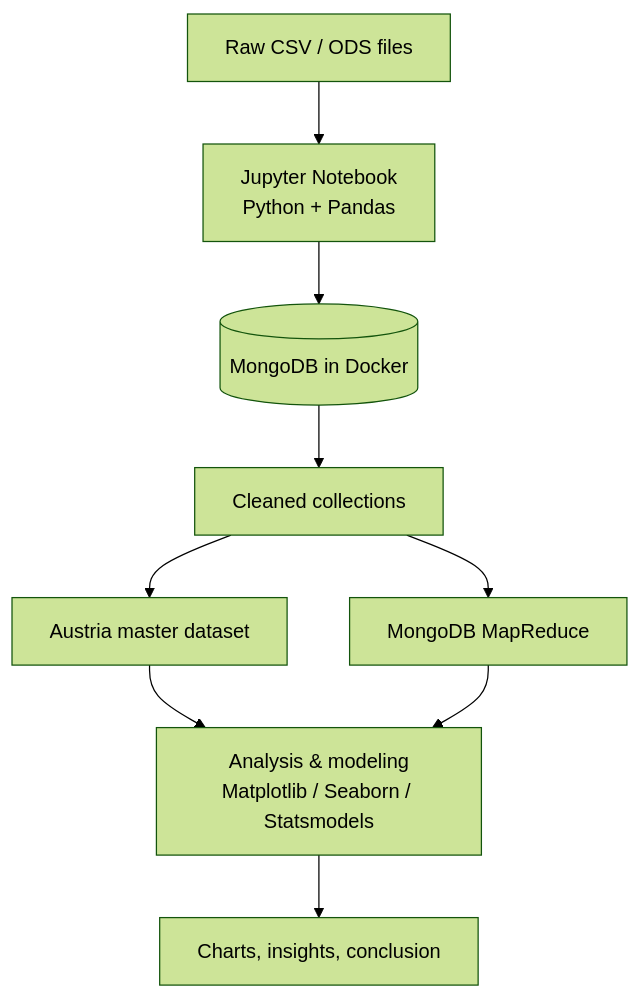
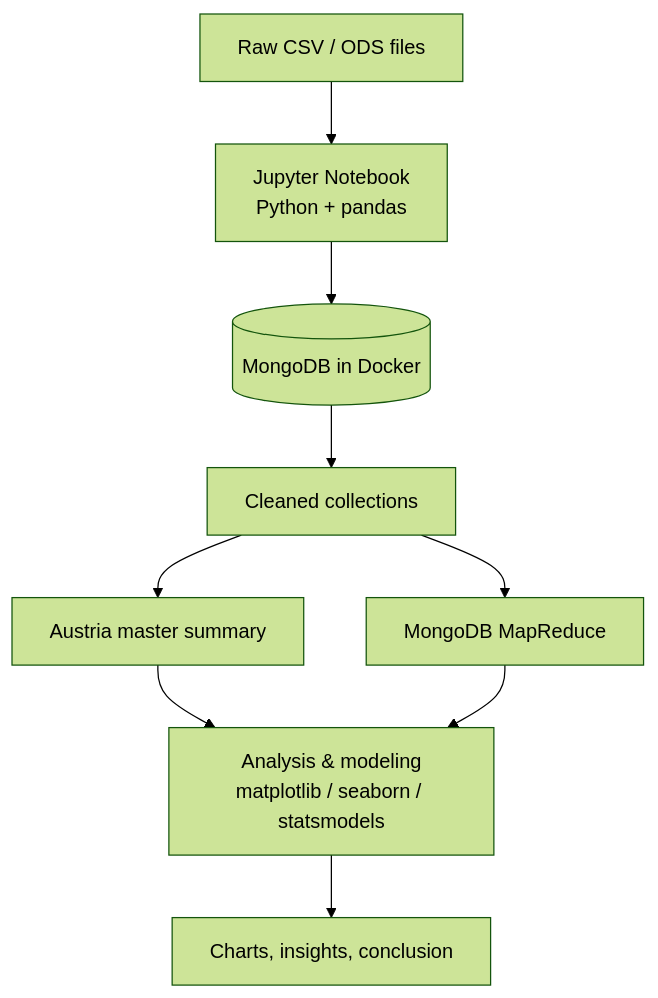
Before and after one commit to cureboyxxx/BigDataInfProject: the diagram in architecture-diagram.mermaid, drawn with Mermaid (forest theme). The commit also changed 1 other file, not shown here.

```diff
--- a/architecture-diagram.mermaid
+++ b/architecture-diagram.mermaid
@@ -1,9 +1,9 @@
 flowchart
-    A[Raw CSV / ODS files] --> B[Jupyter Notebook<br/>Python + Pandas]
+    A[Raw CSV / ODS files] --> B[Jupyter Notebook<br/>Python + pandas]
     B --> C[(MongoDB in Docker)]
     C --> D[Cleaned collections]
-    D --> E[Austria master dataset]
+    D --> E[Austria master summary]
     D --> F[MongoDB MapReduce]
-    E --> G[Analysis & modeling<br/>Matplotlib / Seaborn / Statsmodels]
+    E --> G[Analysis & modeling<br/>matplotlib / seaborn / statsmodels]
     F --> G
     G --> H[Charts, insights, conclusion]
```
